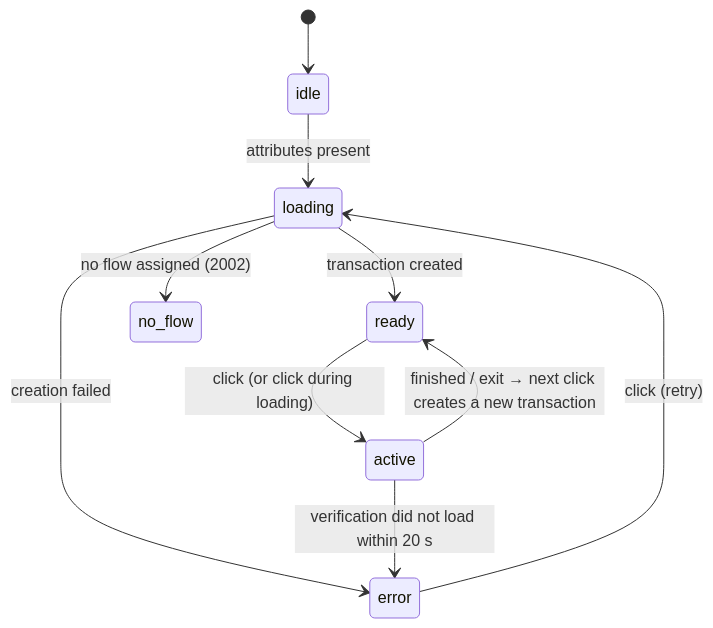
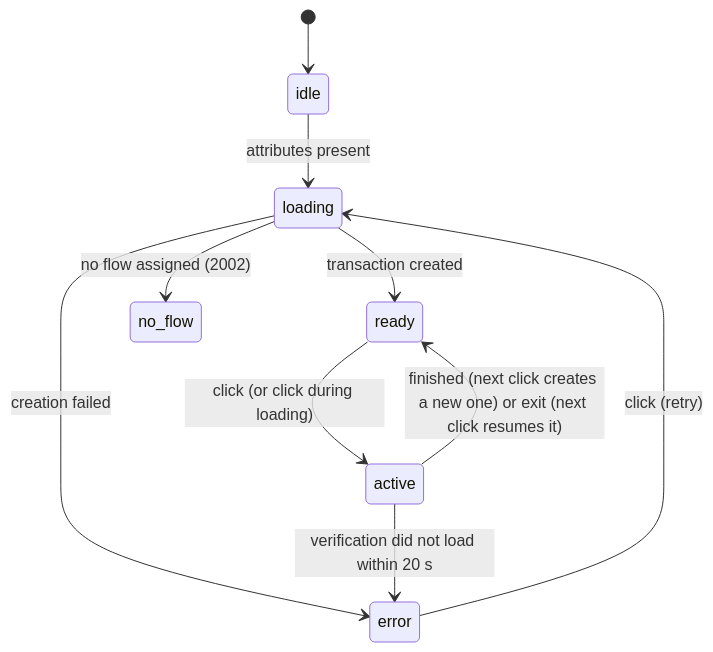
One commit to tekbees/unicus-docs changed the diagram in unicus/sdk-web-v5/button-reference.md. Above: the diagram before and after it, drawn with Mermaid. The commit also changed other lines of this file and 11 other files, not shown here.

Commit message:
docs(web-sdk-5): the button resumes the open transaction after exit, a reload or a re-mount

````diff
--- a/unicus/sdk-web-v5/button-reference.md
+++ b/unicus/sdk-web-v5/button-reference.md
@@ -34,12 +34,12 @@
 ```mermaid
 stateDiagram-v2
   [*] --> idle
   idle --> loading: attributes present
   loading --> ready: transaction created
   loading --> error: creation failed
   loading --> no_flow: no flow assigned (2002)
   ready --> active: click (or click during loading)
-  active --> ready: finished / exit → next click creates a new transaction
+  active --> ready: finished (next click creates a new one) or exit (next click resumes it)
   active --> error: verification did not load within 20 s
   error --> loading: click (retry)
 ```
````
